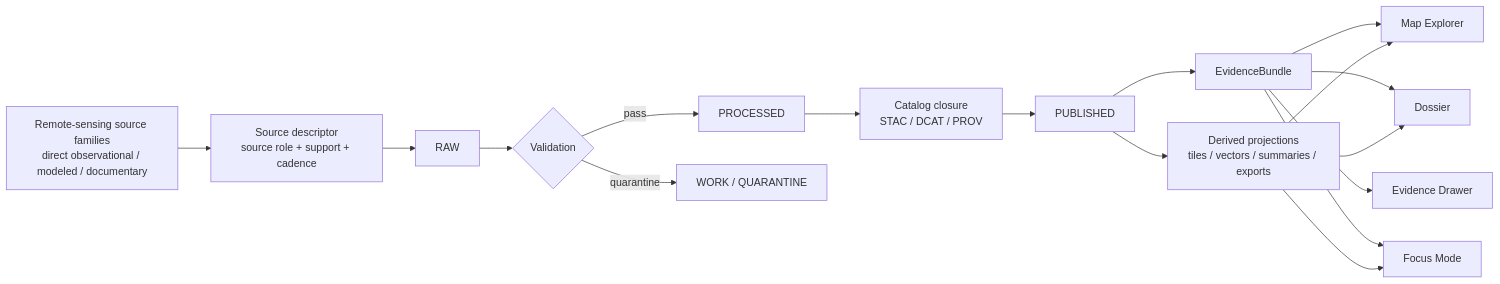
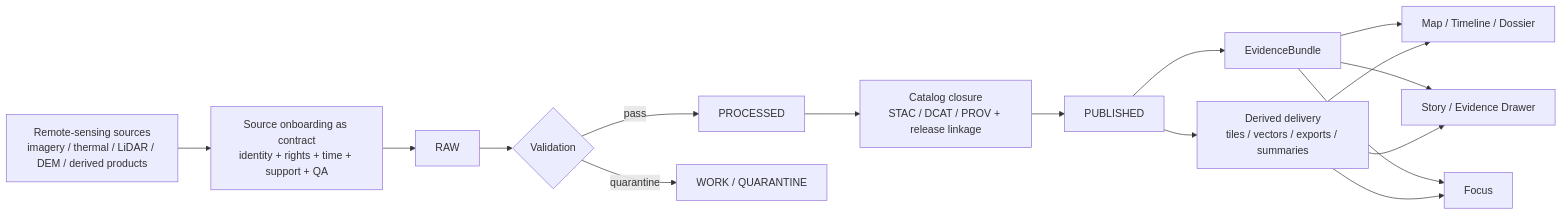
One commit to bartytime4life/Kansas-Frontier-Matrix changed the diagram in docs/analyses/remote-sensing/README.md. Above: the diagram before and after it, drawn with Mermaid. The commit also changed other lines of this file, not shown here.

````diff
--- a/docs/analyses/remote-sensing/README.md
+++ b/docs/analyses/remote-sensing/README.md
@@ -224,19 +223,18 @@
 ```mermaid
 flowchart LR
-    A[Remote-sensing source families<br/>direct observational / modeled / documentary] --> B[Source descriptor<br/>source role + support + cadence]
+    A[Remote-sensing sources<br/>imagery / thermal / LiDAR / DEM / derived products] --> B[Source onboarding as contract<br/>identity + rights + time + support + QA]
     B --> C[RAW]
     C --> D{Validation}
     D -->|pass| E[PROCESSED]
     D -->|quarantine| Q[WORK / QUARANTINE]
-    E --> F[Catalog closure<br/>STAC / DCAT / PROV]
+    E --> F[Catalog closure<br/>STAC / DCAT / PROV + release linkage]
     F --> G[PUBLISHED]
     G --> H[EvidenceBundle]
-    G --> I[Derived projections<br/>tiles / vectors / summaries / exports]
-    H --> J[Map Explorer]
-    H --> K[Dossier]
-    H --> L[Evidence Drawer]
-    H --> M[Focus Mode]
+    G --> I[Derived delivery<br/>tiles / vectors / exports / summaries]
+    H --> J[Map / Timeline / Dossier]
+    H --> K[Story / Evidence Drawer]
+    H --> L[Focus]
     I --> J
     I --> K
-    I --> M
+    I --> L
 ```
````
